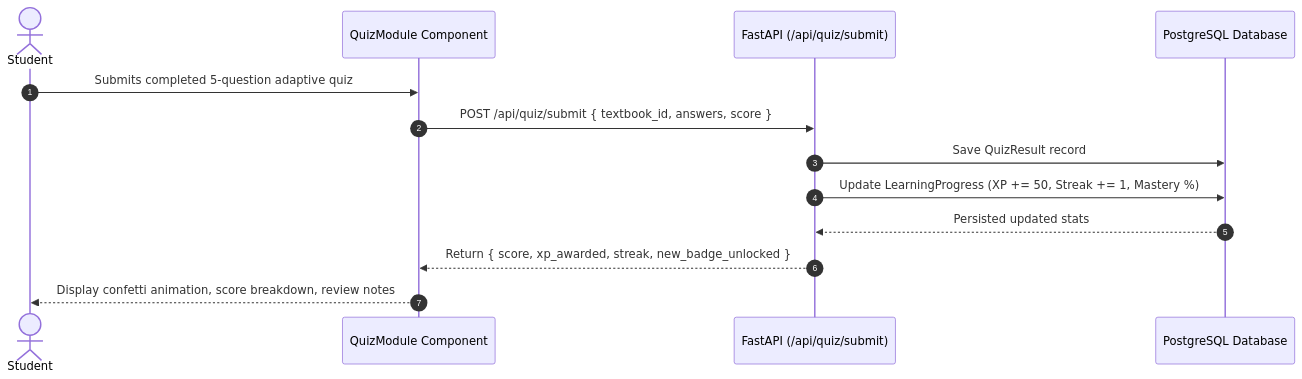
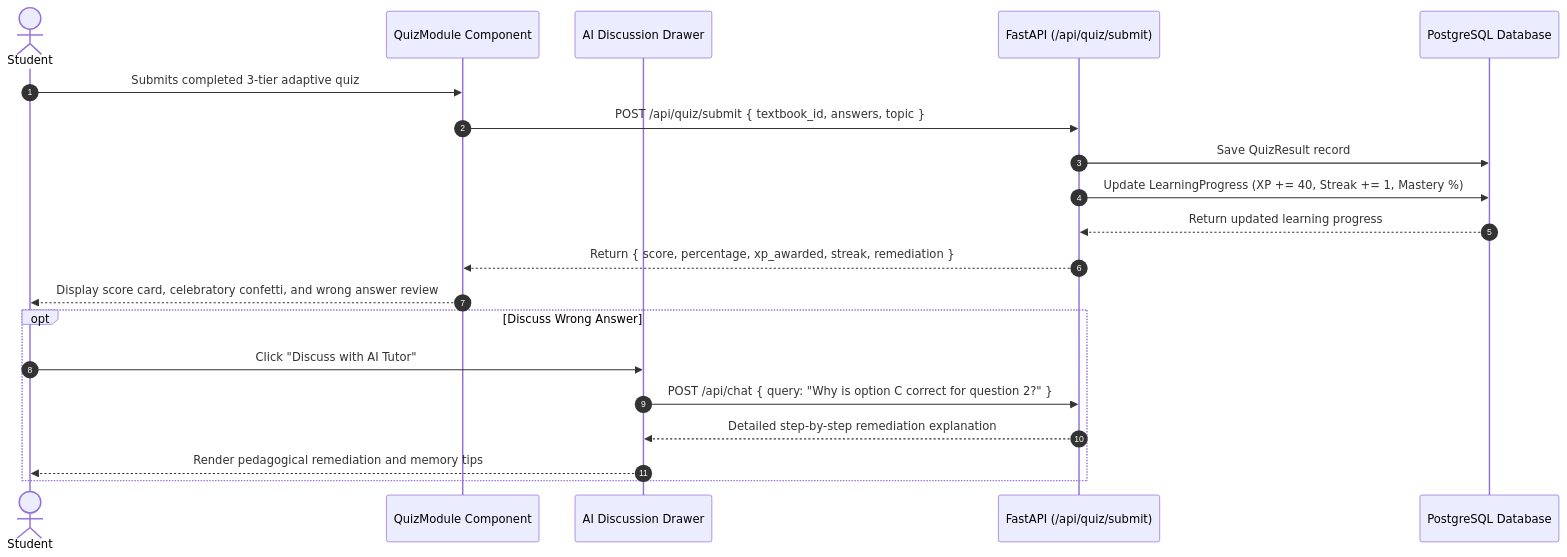
The third of 4 diagrams in docs/ARCHITECTURE.md (Tanushree-ponnuswamy/AARVA_LEARNING_APP), drawn with Mermaid before and after one commit. The commit also changed other lines of this file and 3 other files, not shown here.

````diff
--- a/docs/ARCHITECTURE.md
+++ b/docs/ARCHITECTURE.md
@@ -133,16 +168,24 @@
 ```mermaid
 sequenceDiagram
     autonumber
     actor Student as Student
     participant QuizUI as QuizModule Component
+    participant Drawer as AI Discussion Drawer
     participant API as FastAPI (/api/quiz/submit)
     participant DB as PostgreSQL Database
 
-    Student->>QuizUI: Submits completed 5-question adaptive quiz
-    QuizUI->>API: POST /api/quiz/submit { textbook_id, answers, score }
+    Student->>QuizUI: Submits completed 3-tier adaptive quiz
+    QuizUI->>API: POST /api/quiz/submit { textbook_id, answers, topic }
     API->>DB: Save QuizResult record
-    API->>DB: Update LearningProgress (XP += 50, Streak += 1, Mastery %)
-    DB-->>API: Persisted updated stats
-    API-->>QuizUI: Return { score, xp_awarded, streak, new_badge_unlocked }
-    QuizUI-->>Student: Display confetti animation, score breakdown, review notes
+    API->>DB: Update LearningProgress (XP += 40, Streak += 1, Mastery %)
+    DB-->>API: Return updated learning progress
+    API-->>QuizUI: Return { score, percentage, xp_awarded, streak, remediation }
+    QuizUI-->>Student: Display score card, celebratory confetti, and wrong answer review
+    
+    opt Discuss Wrong Answer
+        Student->>Drawer: Click "Discuss with AI Tutor"
+        Drawer->>API: POST /api/chat { query: "Why is option C correct for question 2?" }
+        API-->>Drawer: Detailed step-by-step remediation explanation
+        Drawer-->>Student: Render pedagogical remediation and memory tips
+    end
 ```
````
